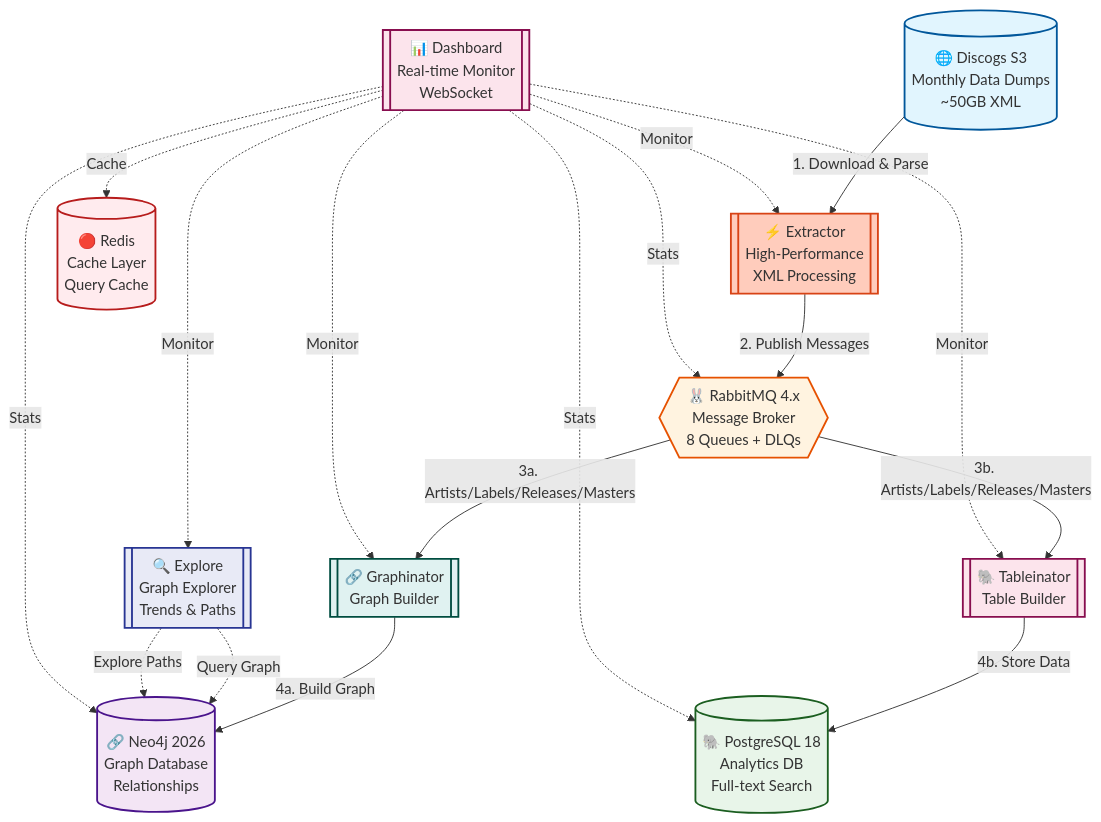
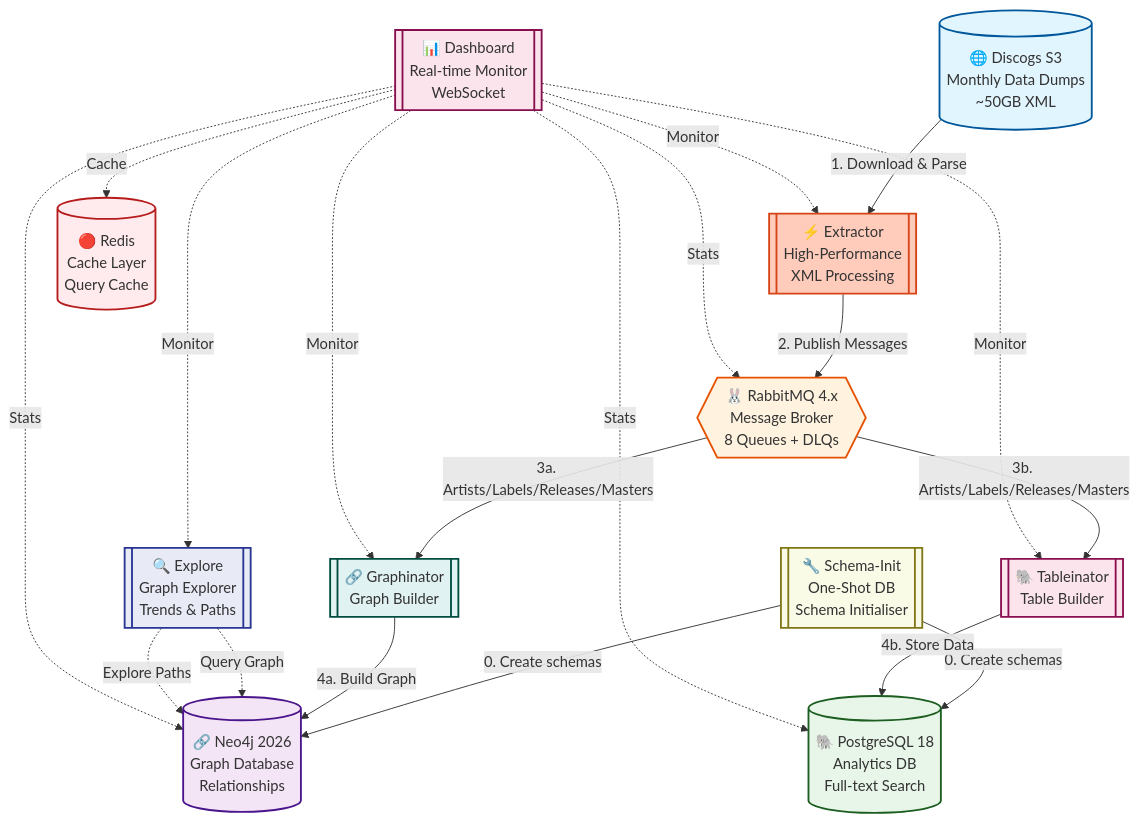
One commit to groovemap-music/deployment changed the first of 2 diagrams in docs/architecture.md. Above: the diagram before and after it, drawn with Mermaid. The commit also changed other lines of this file and 2 other files, not shown here.

First line of the commit message:
feat(schema-init): add one-shot schema initialiser service

````diff
--- a/docs/architecture.md
+++ b/docs/architecture.md
@@ -38,43 +39,47 @@
 ```mermaid
 graph TD
     S3[("🌐 Discogs S3<br/>Monthly Data Dumps<br/>~50GB XML")]
     EXT[["⚡ Extractor<br/>High-Performance<br/>XML Processing"]]
+    SCHEMA[["🔧 Schema-Init<br/>One-Shot DB<br/>Schema Initialiser"]]
     RMQ{{"🐰 RabbitMQ 4.x<br/>Message Broker<br/>8 Queues + DLQs"}}
     NEO4J[("🔗 Neo4j 2026<br/>Graph Database<br/>Relationships")]
     PG[("🐘 PostgreSQL 18<br/>Analytics DB<br/>Full-text Search")]
     REDIS[("🔴 Redis<br/>Cache Layer<br/>Query Cache")]
     GRAPH[["🔗 Graphinator<br/>Graph Builder"]]
     TABLE[["🐘 Tableinator<br/>Table Builder"]]
     DASH[["📊 Dashboard<br/>Real-time Monitor<br/>WebSocket"]]
     EXPLORE[["🔍 Explore<br/>Graph Explorer<br/>Trends & Paths"]]
 
+    SCHEMA -->|0. Create schemas| NEO4J
+    SCHEMA -->|0. Create schemas| PG
     S3 -->|1. Download & Parse| EXT
     EXT -->|2. Publish Messages| RMQ
     RMQ -->|3a. Artists/Labels/Releases/Masters| GRAPH
     RMQ -->|3b. Artists/Labels/Releases/Masters| TABLE
     GRAPH -->|4a. Build Graph| NEO4J
     TABLE -->|4b. Store Data| PG
 
     EXPLORE -.->|Query Graph| NEO4J
     EXPLORE -.->|Explore Paths| NEO4J
 
     DASH -.->|Monitor| EXT
     DASH -.->|Monitor| GRAPH
     DASH -.->|Monitor| TABLE
     DASH -.->|Monitor| EXPLORE
     DASH -.->|Cache| REDIS
     DASH -.->|Stats| RMQ
     DASH -.->|Stats| NEO4J
     DASH -.->|Stats| PG
 
     style S3 fill:#e1f5fe,stroke:#01579b,stroke-width:2px
     style EXT fill:#ffccbc,stroke:#d84315,stroke-width:2px
+    style SCHEMA fill:#f9fbe7,stroke:#827717,stroke-width:2px
     style RMQ fill:#fff3e0,stroke:#e65100,stroke-width:2px
     style NEO4J fill:#f3e5f5,stroke:#4a148c,stroke-width:2px
     style PG fill:#e8f5e9,stroke:#1b5e20,stroke-width:2px
     style REDIS fill:#ffebee,stroke:#b71c1c,stroke-width:2px
     style DASH fill:#fce4ec,stroke:#880e4f,stroke-width:2px
     style EXPLORE fill:#e8eaf6,stroke:#283593,stroke-width:2px
     style GRAPH fill:#e0f2f1,stroke:#004d40,stroke-width:2px
     style TABLE fill:#fce4ec,stroke:#880e4f,stroke-width:2px
 ```
````
